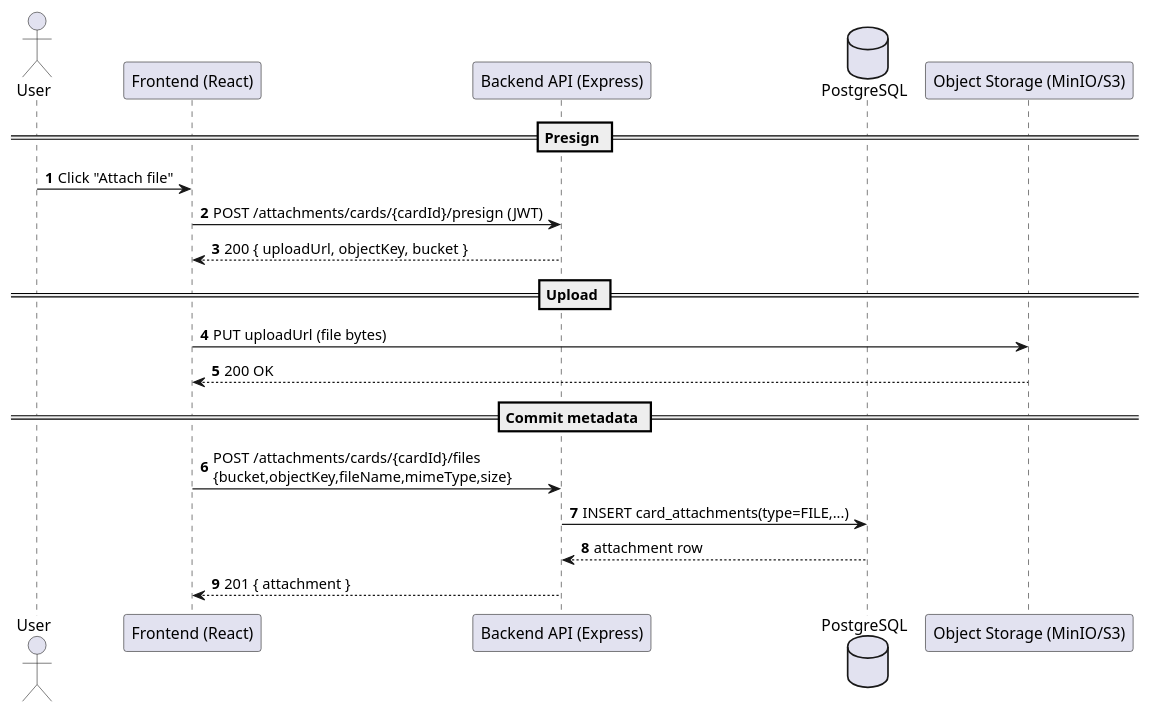
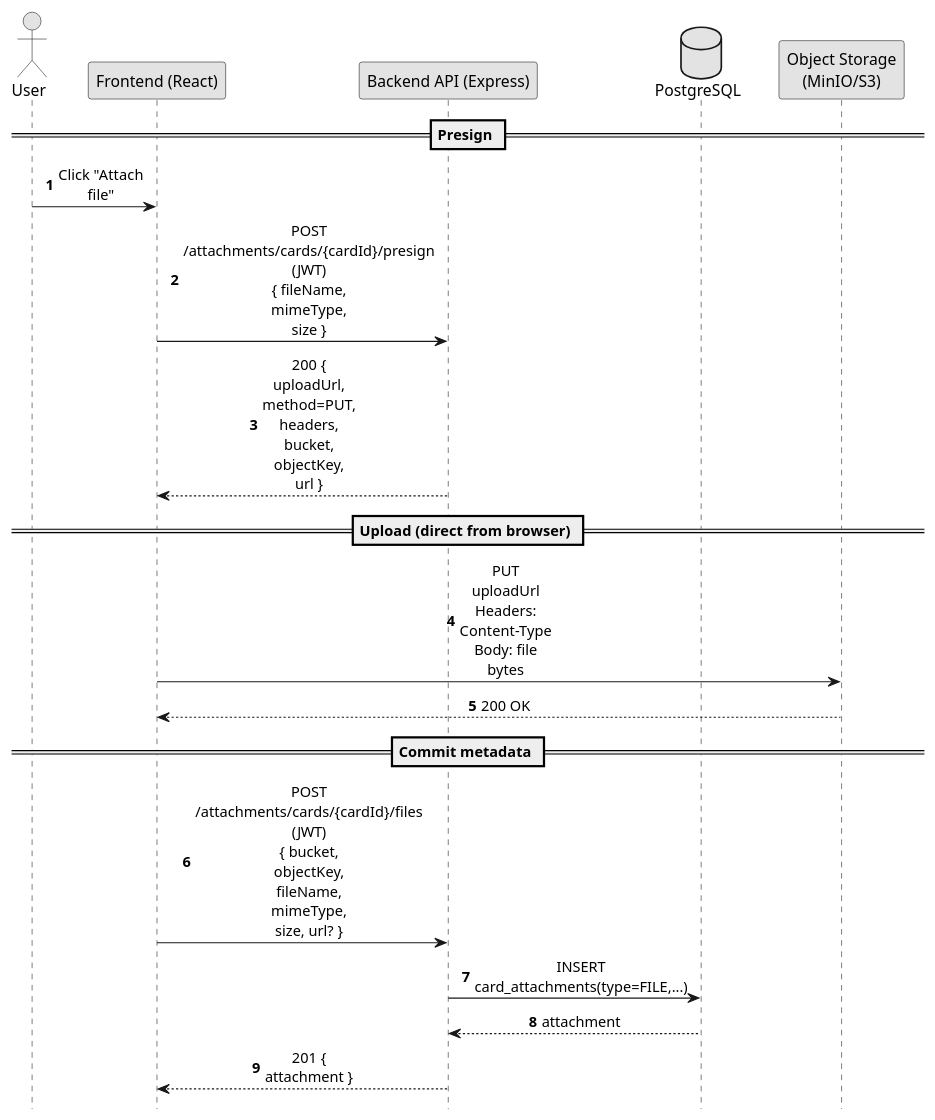
One commit to tvquang0511/TeamHub changed the fourth of 9 diagrams in docs/diagrams/sequence-diagram.md. Above: the diagram before and after it, drawn with PlantUML. The commit also changed other lines of this file and 13 other files, not shown here.

Commit message:
add sequence diagrams

````diff
--- a/docs/diagrams/sequence-diagram.md
+++ b/docs/diagrams/sequence-diagram.md
@@ -91,25 +196,35 @@
 ```plantuml
 @startuml
+!pragma teoz true
 autonumber
+hide footbox
+
+skinparam shadowing false
+skinparam monochrome true
+skinparam sequenceMessageAlign center
+skinparam ParticipantPadding 18
+skinparam BoxPadding 14
+skinparam maxMessageSize 80
+
 actor "User" as U
 participant "Frontend (React)" as FE
 participant "Backend API (Express)" as API
 database "PostgreSQL" as DB
-participant "Object Storage (MinIO/S3)" as S3
+participant "Object Storage\n(MinIO/S3)" as S3
 
 == Presign ==
 U -> FE: Click "Attach file"
-FE -> API: POST /attachments/cards/{cardId}/presign (JWT)
-API --> FE: 200 { uploadUrl, objectKey, bucket }
+FE -> API: POST /attachments/cards/{cardId}/presign (JWT)\n{ fileName, mimeType, size }
+API --> FE: 200 { uploadUrl, method=PUT, headers, bucket, objectKey, url }
 
-== Upload ==
-FE -> S3: PUT uploadUrl (file bytes)
+== Upload (direct from browser) ==
+FE -> S3: PUT uploadUrl\nHeaders: Content-Type\nBody: file bytes
 S3 --> FE: 200 OK
 
 == Commit metadata ==
-FE -> API: POST /attachments/cards/{cardId}/files\n{bucket,objectKey,fileName,mimeType,size}
+FE -> API: POST /attachments/cards/{cardId}/files (JWT)\n{ bucket, objectKey, fileName, mimeType, size, url? }
 API -> DB: INSERT card_attachments(type=FILE,...)
-DB --> API: attachment row
+DB --> API: attachment
 API --> FE: 201 { attachment }
 @enduml
 ```
````
